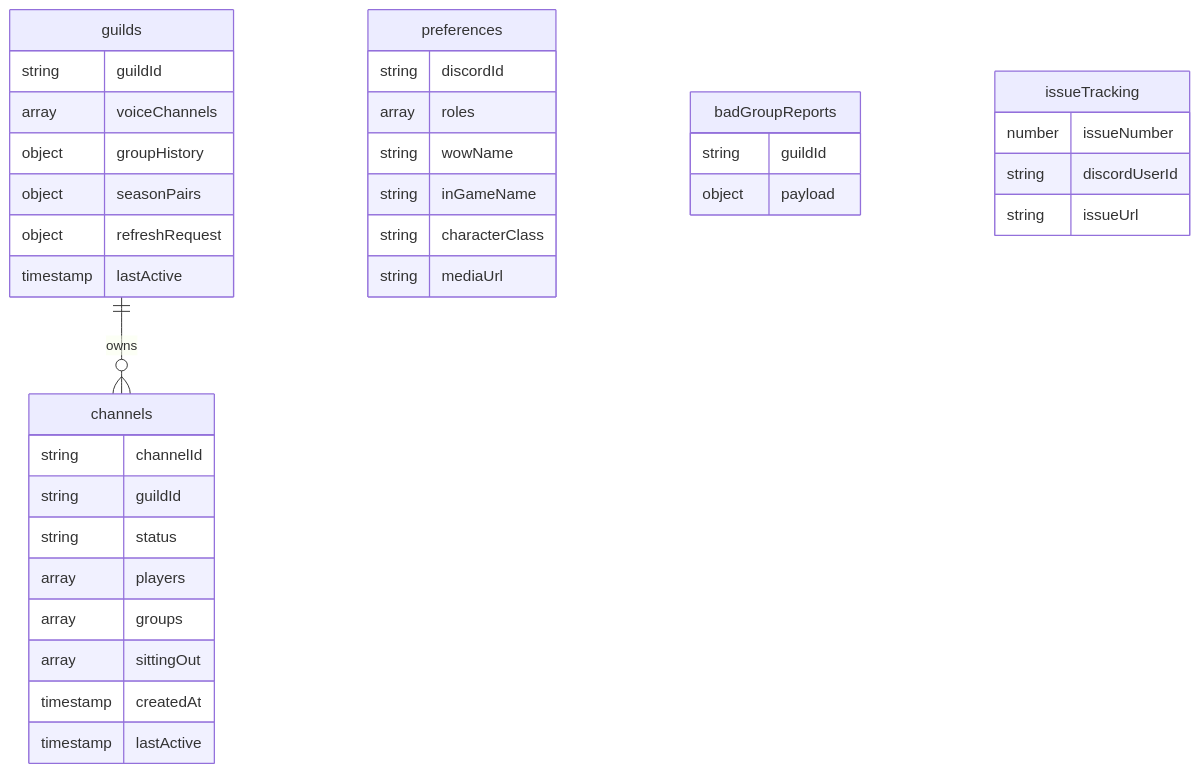
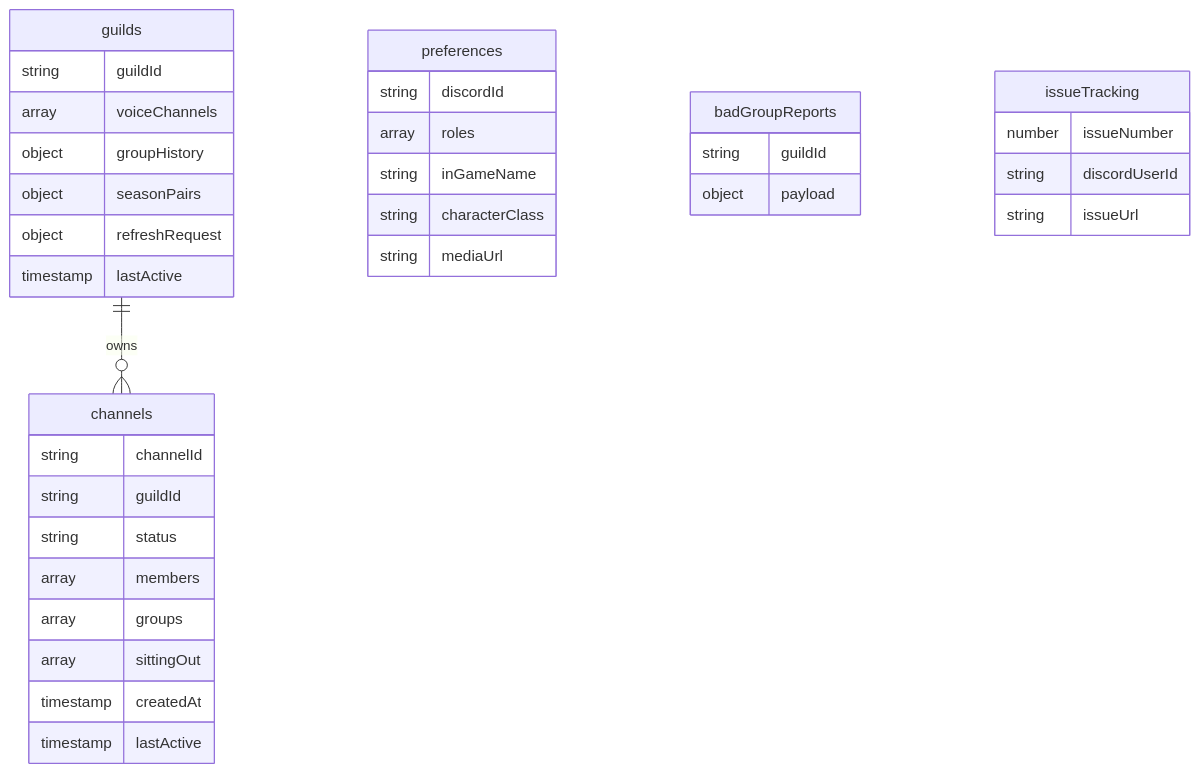
Before and after one commit to TytaniumDev/MythicPlusDiscordBot: the second of 5 diagrams in ARCHITECTURE.md, drawn with Mermaid. The commit also changed other lines of this file and 66 other files, not shown here.

````diff
--- a/ARCHITECTURE.md
+++ b/ARCHITECTURE.md
@@ -139,39 +128,38 @@
 ```mermaid
 erDiagram
     guilds ||--o{ channels : "owns"
     guilds {
         string guildId
         array voiceChannels
         object groupHistory
         object seasonPairs
         object refreshRequest
         timestamp lastActive
     }
     channels {
         string channelId
         string guildId
         string status
-        array players
+        array members
         array groups
         array sittingOut
         timestamp createdAt
         timestamp lastActive
     }
     preferences {
         string discordId
         array roles
-        string wowName
         string inGameName
         string characterClass
         string mediaUrl
     }
     badGroupReports {
         string guildId
         object payload
     }
     issueTracking {
         number issueNumber
         string discordUserId
         string issueUrl
     }
 ```
````
